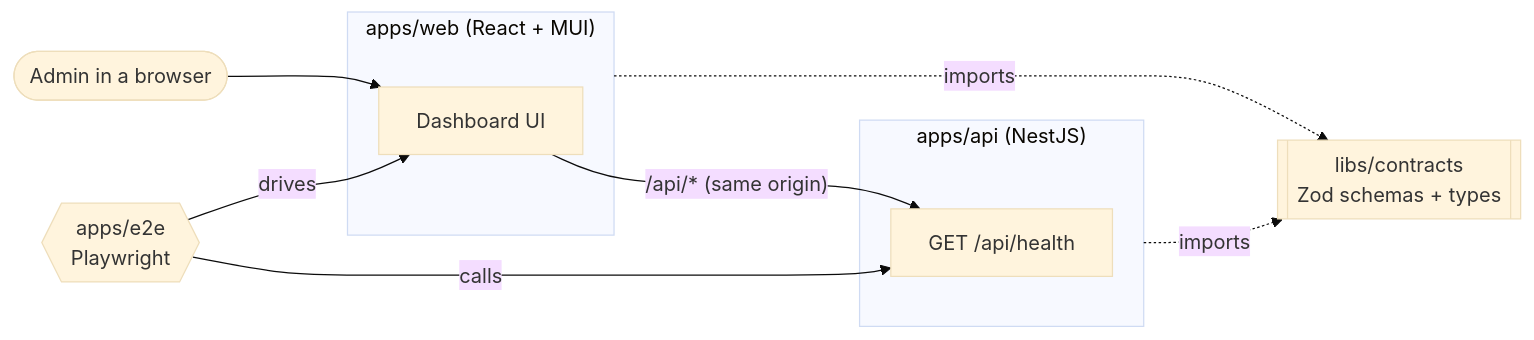
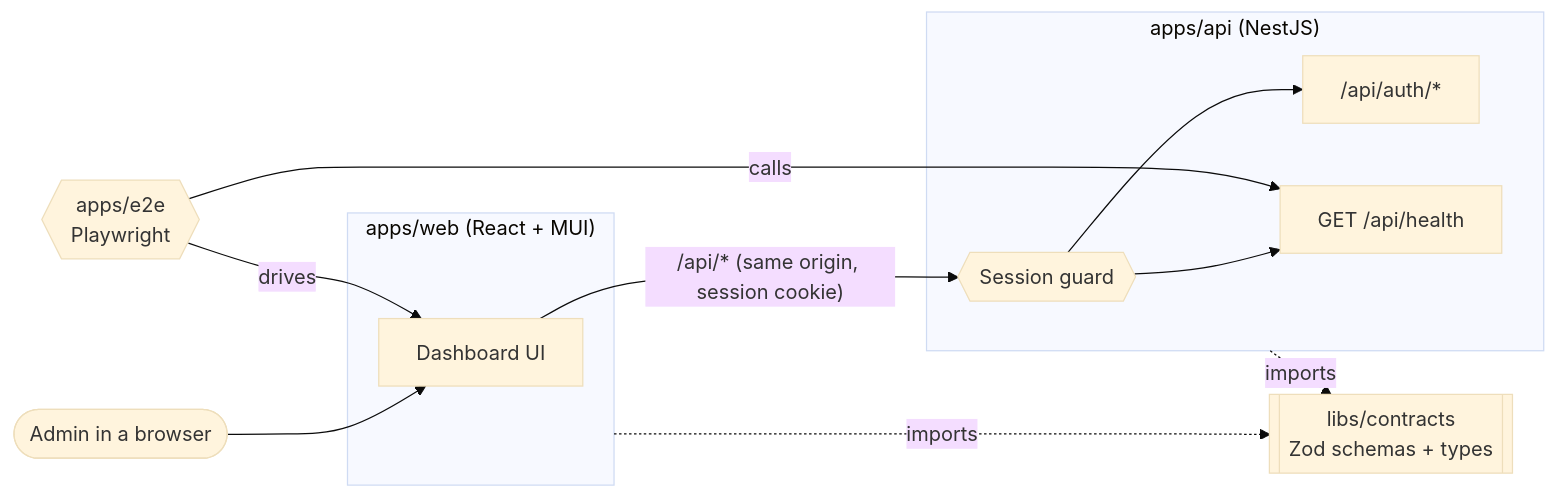
One commit to nitzanto/ratewatch changed the first of 2 diagrams in apps/docs/src/content/docs/architecture/hld.md. Above: the diagram before and after it, drawn with Mermaid (base theme). The commit also changed other lines of this file and 59 other files, not shown here.

````diff
--- a/apps/docs/src/content/docs/architecture/hld.md
+++ b/apps/docs/src/content/docs/architecture/hld.md
@@ -10,19 +10,23 @@
 ```mermaid
 flowchart LR
   user([Admin in a browser])
   subgraph web["apps/web (React + MUI)"]
     ui[Dashboard UI]
   end
   subgraph api["apps/api (NestJS)"]
+    guard{{"Session guard"}}
+    auth["/api/auth/*"]
     health["GET /api/health"]
   end
   contracts[["libs/contracts<br/>Zod schemas + types"]]
   e2e{{"apps/e2e<br/>Playwright"}}
 
   user --> ui
-  ui -- "/api/* (same origin)" --> health
+  ui -- "/api/* (same origin, session cookie)" --> guard
+  guard --> auth
+  guard --> health
   web -. imports .-> contracts
   api -. imports .-> contracts
   e2e -- drives --> ui
   e2e -- calls --> health
 ```
````
